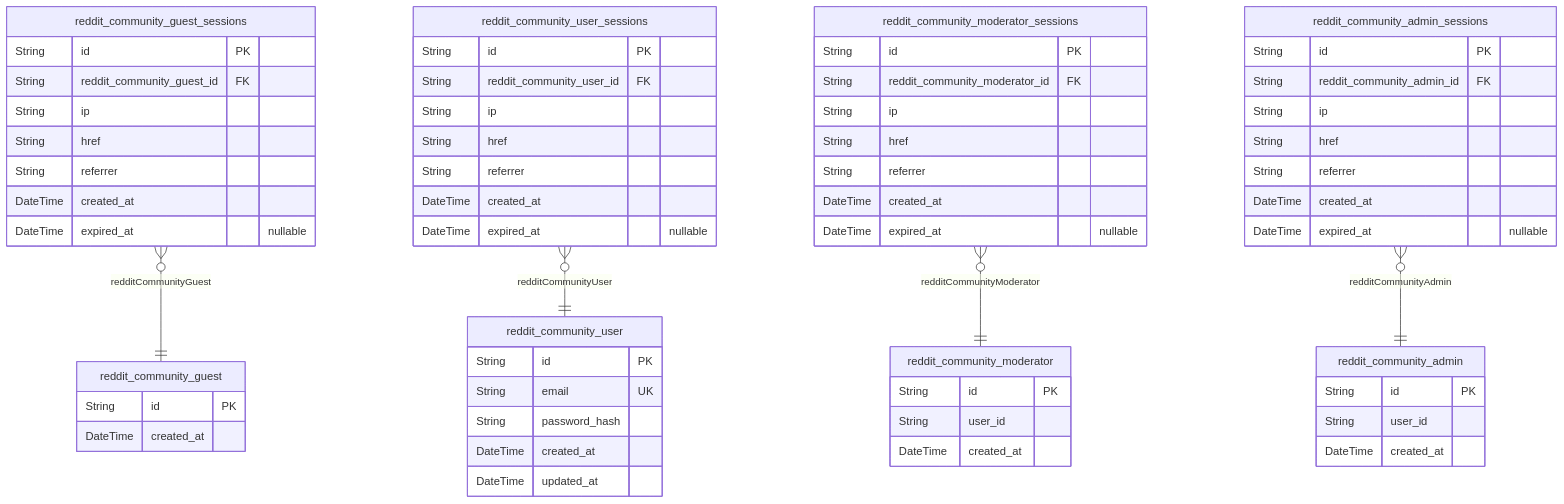
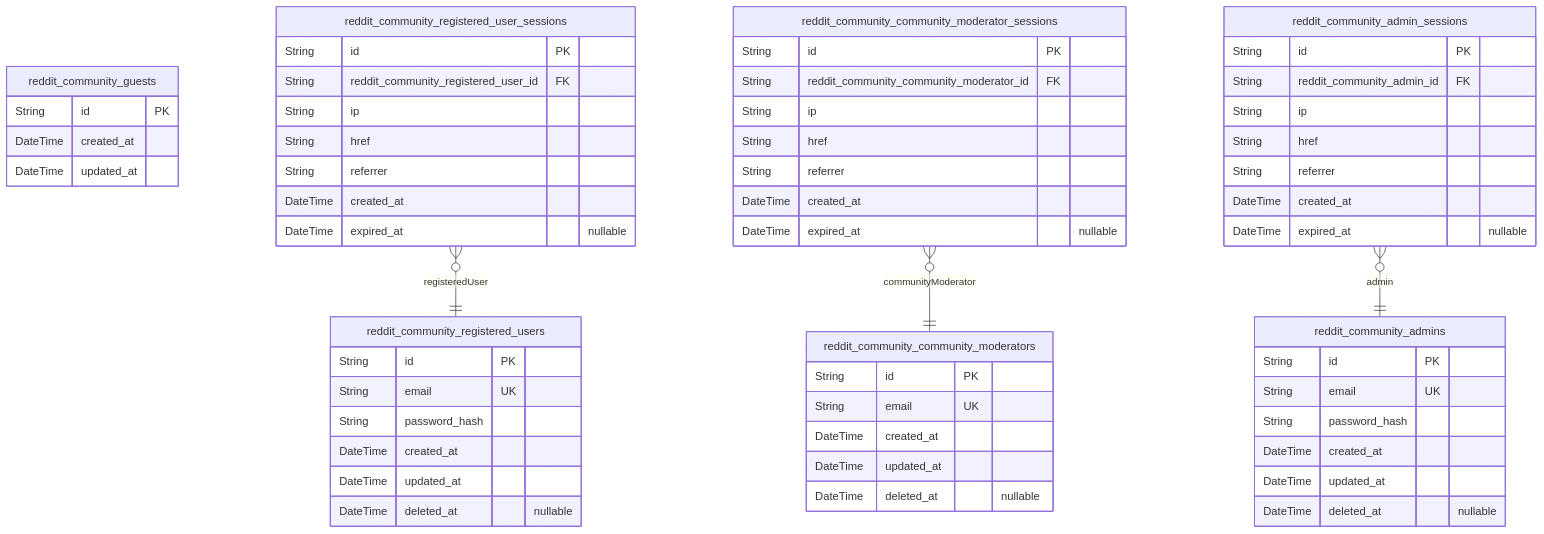
Before and after one commit to wrtnlabs/autobe-examples: the second of 9 diagrams in openai/gpt-4.1-mini/reddit/docs/ERD.md, drawn with Mermaid. The commit also changed other lines of this file and 22498 other files, not shown here.

````diff
--- a/openai/gpt-4.1-mini/reddit/docs/ERD.md
+++ b/openai/gpt-4.1-mini/reddit/docs/ERD.md
@@ -86,64 +60,61 @@
 ```mermaid
 erDiagram
-"reddit_community_guest" {
+"reddit_community_guests" {
   String id PK
   DateTime created_at
+  DateTime updated_at
 }
-"reddit_community_guest_sessions" {
+"reddit_community_registered_users" {
   String id PK
-  String reddit_community_guest_id FK
+  String email UK
+  String password_hash
+  DateTime created_at
+  DateTime updated_at
+  DateTime deleted_at "nullable"
+}
+"reddit_community_community_moderators" {
+  String id PK
+  String email UK
+  DateTime created_at
+  DateTime updated_at
+  DateTime deleted_at "nullable"
+}
+"reddit_community_admins" {
+  String id PK
+  String email UK
+  String password_hash
+  DateTime created_at
+  DateTime updated_at
+  DateTime deleted_at "nullable"
+}
+"reddit_community_registered_user_sessions" {
+  String id PK
+  String reddit_community_registered_user_id FK
   String ip
   String href
   String referrer
   DateTime created_at
   DateTime expired_at "nullable"
 }
-"reddit_community_user" {
+"reddit_community_community_moderator_sessions" {
   String id PK
-  String email UK
-  String password_hash
-  DateTime created_at
-  DateTime updated_at
-}
-"reddit_community_user_sessions" {
-  String id PK
-  String reddit_community_user_id FK
+  String reddit_community_community_moderator_id FK
   String ip
   String href
   String referrer
   DateTime created_at
   DateTime expired_at "nullable"
-}
-"reddit_community_moderator" {
-  String id PK
-  String user_id
-  DateTime created_at
-}
-"reddit_community_moderator_sessions" {
-  String id PK
-  String reddit_community_moderator_id FK
-  String ip
-  String href
-  String referrer
-  DateTime created_at
-  DateTime expired_at "nullable"
-}
-"reddit_community_admin" {
-  String id PK
-  String user_id
-  DateTime created_at
 }
 "reddit_community_admin_sessions" {
   String id PK
   String reddit_community_admin_id FK
   String ip
   String href
   String referrer
   DateTime created_at
   DateTime expired_at "nullable"
 }
-"reddit_community_guest_sessions" }o--|| "reddit_community_guest" : redditCommunityGuest
-"reddit_community_user_sessions" }o--|| "reddit_community_user" : redditCommunityUser
-"reddit_community_moderator_sessions" }o--|| "reddit_community_moderator" : redditCommunityModerator
-"reddit_community_admin_sessions" }o--|| "reddit_community_admin" : redditCommunityAdmin
+"reddit_community_registered_user_sessions" }o--|| "reddit_community_registered_users" : registeredUser
+"reddit_community_community_moderator_sessions" }o--|| "reddit_community_community_moderators" : communityModerator
+"reddit_community_admin_sessions" }o--|| "reddit_community_admins" : admin
 ```
````
